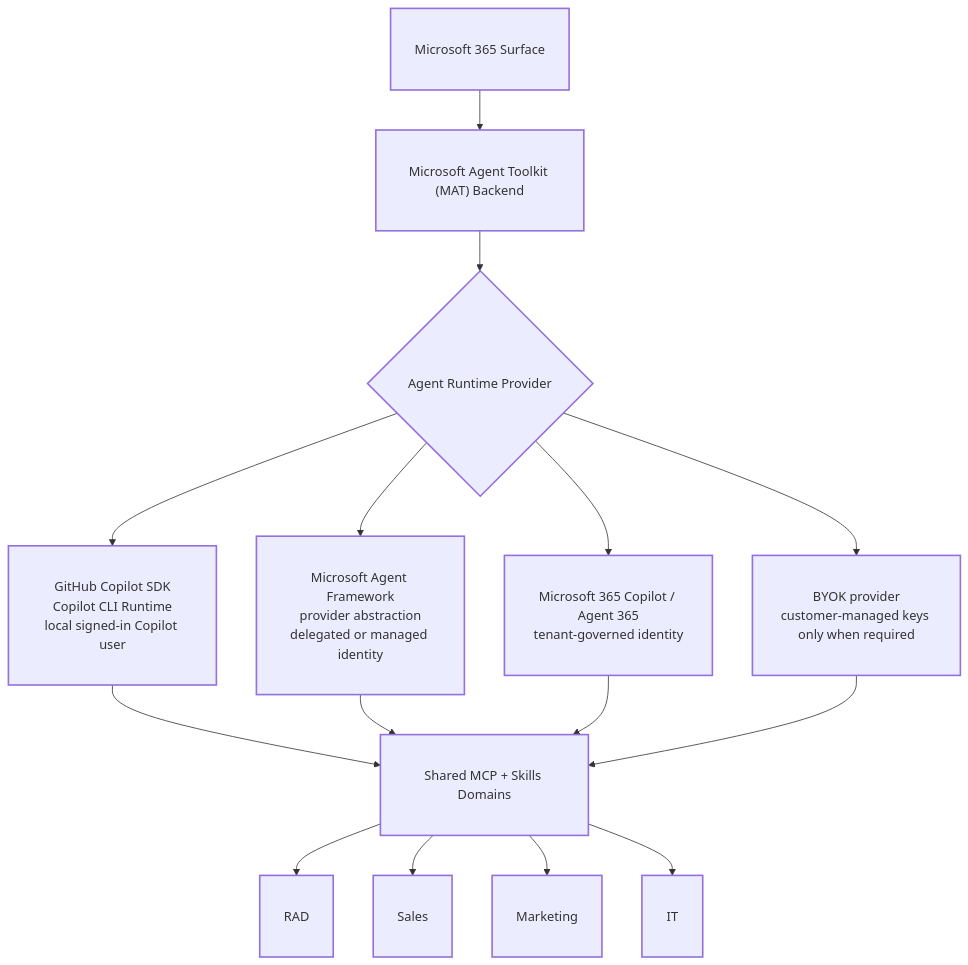
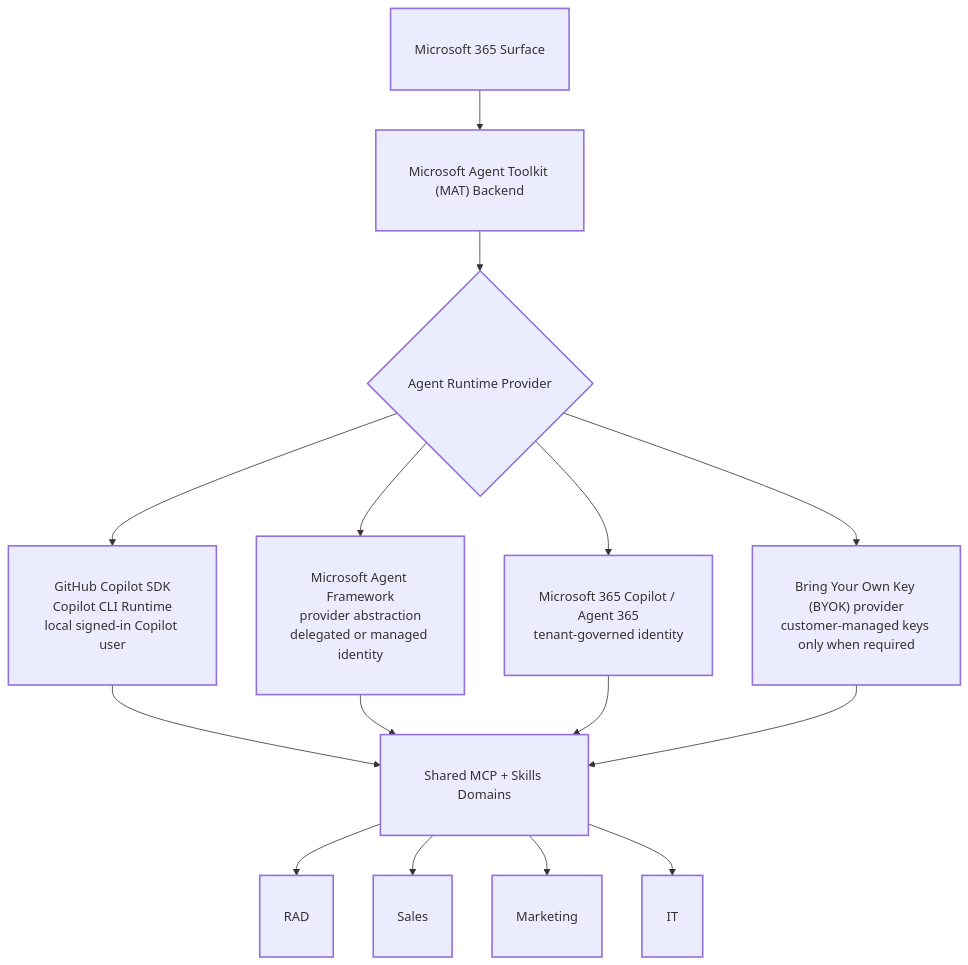
One commit to uzigolan/mat-m365-copilot-rad-agent changed the fifth of 7 diagrams in docs/m365-copilot-rad-agent-architecture.md. Above: the diagram before and after it, drawn with Mermaid. The commit also changed other lines of this file, not shown here.

Commit message:
Expand BYOK terminology

````diff
--- a/docs/m365-copilot-rad-agent-architecture.md
+++ b/docs/m365-copilot-rad-agent-architecture.md
@@ -416,24 +416,24 @@
 ```mermaid
 flowchart TD
     SURF[Microsoft 365 Surface] --> MAT["Microsoft Agent Toolkit (MAT) Backend"]
 
     MAT --> RSEL{Agent Runtime Provider}
 
     RSEL --> COP["GitHub Copilot SDK<br/>Copilot CLI Runtime<br/>local signed-in Copilot user"]
     RSEL --> MAF["Microsoft Agent Framework<br/>provider abstraction<br/>delegated or managed identity"]
     RSEL --> M365["Microsoft 365 Copilot / Agent 365<br/>tenant-governed identity"]
-    RSEL --> BYOK["BYOK provider<br/>customer-managed keys only when required"]
+    RSEL --> BYOK["Bring Your Own Key (BYOK) provider<br/>customer-managed keys only when required"]
 
     COP --> DOM["Shared MCP + Skills Domains"]
     MAF --> DOM
     M365 --> DOM
     BYOK --> DOM
 
     DOM --> RAD["RAD"]
     DOM --> SALES["Sales"]
     DOM --> MKT["Marketing"]
     DOM --> IT["IT"]
 
     classDef blockBig font-size:16px,stroke-width:2px,padding:16px;
     class SURF,MAT,RSEL,COP,MAF,M365,BYOK,DOM,RAD,SALES,MKT,IT blockBig;
 ```
````
